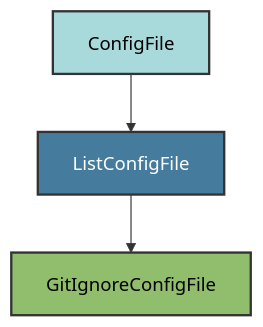
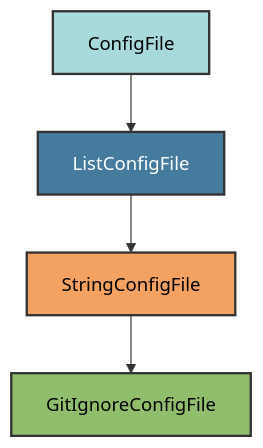
The diagram in docs/configs/gitignore.md (Winipedia/pyrig), drawn with Mermaid before and after one commit. The commit also changed other lines of this file and 61 other files, not shown here.

````diff
--- a/docs/configs/gitignore.md
+++ b/docs/configs/gitignore.md
@@ -17,9 +17,11 @@
 ```mermaid
 graph TD
     A[ConfigFile] --> B[ListConfigFile]
-    B --> C[GitIgnoreConfigFile]
+    B --> C[StringConfigFile]
+    C --> D[GitIgnoreConfigFile]
 
     style A fill:#a8dadc,stroke:#333,stroke-width:2px,color:#000
     style B fill:#457b9d,stroke:#333,stroke-width:2px,color:#fff
-    style C fill:#90be6d,stroke:#333,stroke-width:2px,color:#000
+    style C fill:#f4a261,stroke:#333,stroke-width:2px,color:#000
+    style D fill:#90be6d,stroke:#333,stroke-width:2px,color:#000
 ```
````
